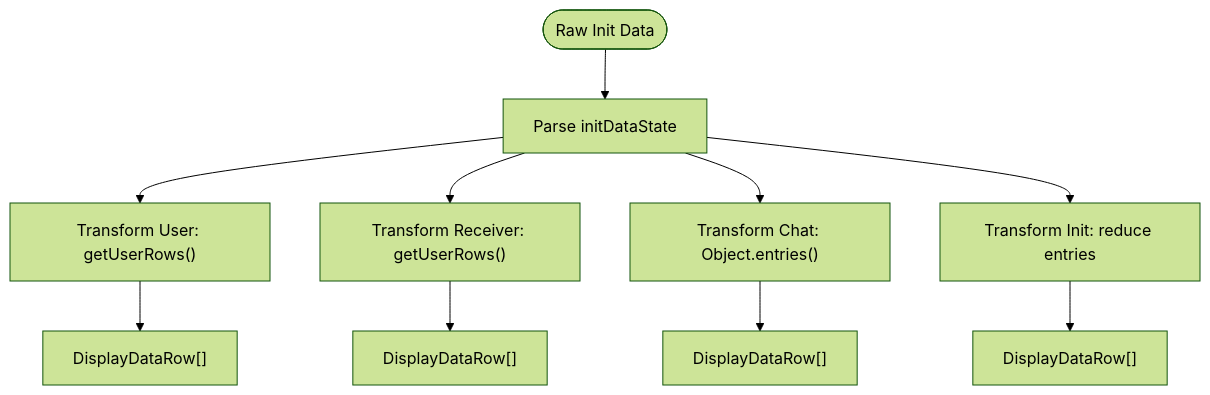
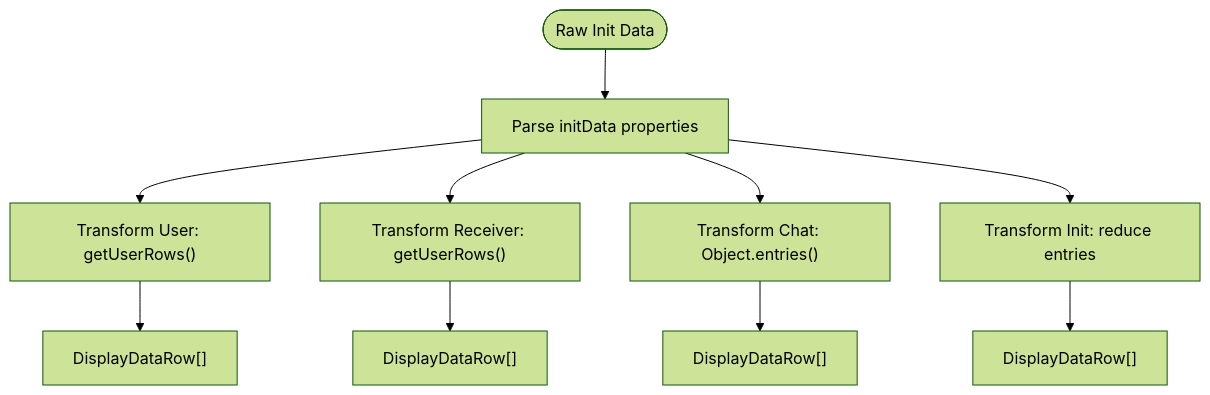
The second of 4 diagrams in .qoder/repowiki/en/content/Feature Guide/Initialization Data Handling.md (Miaterio/Passion-bot-2), drawn with Mermaid (forest theme) before and after one commit. The commit also changed other lines of this file and 5 other files, not shown here.

````diff
--- a/.qoder/repowiki/en/content/Feature Guide/Initialization Data Handling.md
+++ b/.qoder/repowiki/en/content/Feature Guide/Initialization Data Handling.md
@@ -65,12 +90,12 @@
 ```mermaid
 flowchart TD
-Start([Raw Init Data]) --> Parse["Parse initDataState"]
+Start([Raw Init Data]) --> Parse["Parse initData properties"]
 Parse --> TransformUser["Transform User: getUserRows()"]
 Parse --> TransformReceiver["Transform Receiver: getUserRows()"]
 Parse --> TransformChat["Transform Chat: Object.entries()"]
 Parse --> TransformInit["Transform Init: reduce entries"]
 TransformUser --> OutputUser["DisplayDataRow[]"]
 TransformReceiver --> OutputReceiver["DisplayDataRow[]"]
 TransformChat --> OutputChat["DisplayDataRow[]"]
 TransformInit --> OutputInit["DisplayDataRow[]"]
 ```
````
